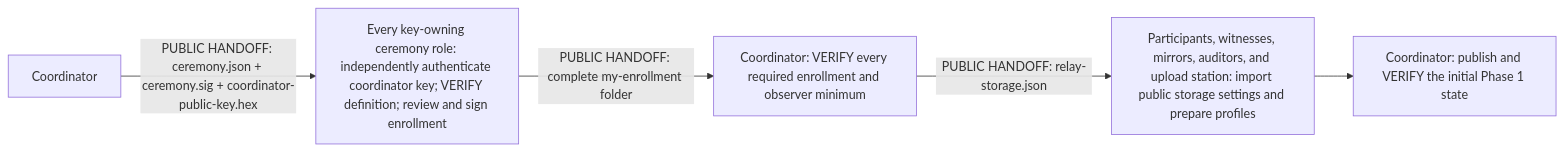
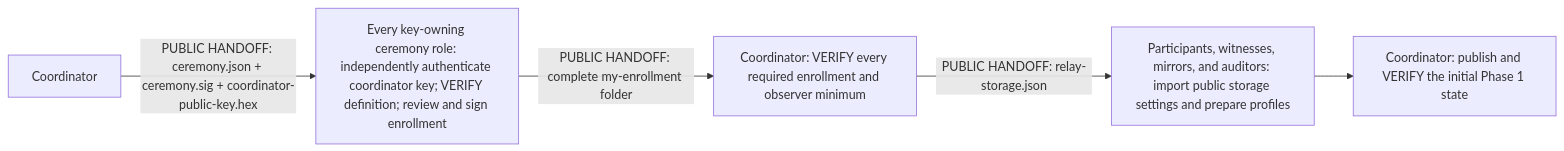
The second of 7 diagrams in docs/ceremony-flow.md (zksecurity/relay), drawn with Mermaid before and after one commit. The commit also changed other lines of this file and 38 other files, not shown here.

````diff
--- a/docs/ceremony-flow.md
+++ b/docs/ceremony-flow.md
@@ -42,12 +43,12 @@
 ```mermaid
 flowchart LR
   C["Coordinator"]
   R["Every key-owning ceremony role: independently authenticate coordinator key; VERIFY definition; review and sign enrollment"]
   V["Coordinator: VERIFY every required enrollment and observer minimum"]
-  O["Participants, witnesses, mirrors, auditors, and upload station: import public storage settings and prepare profiles"]
+  O["Participants, witnesses, mirrors, and auditors: import public storage settings and prepare profiles"]
   G["Coordinator: publish and VERIFY the initial Phase 1 state"]
   C -->|"PUBLIC HANDOFF: ceremony.json + ceremony.sig + coordinator-public-key.hex"| R
   R -->|"PUBLIC HANDOFF: complete my-enrollment folder"| V
   V -->|"PUBLIC HANDOFF: relay-storage.json"| O
   O --> G
 ```
````
